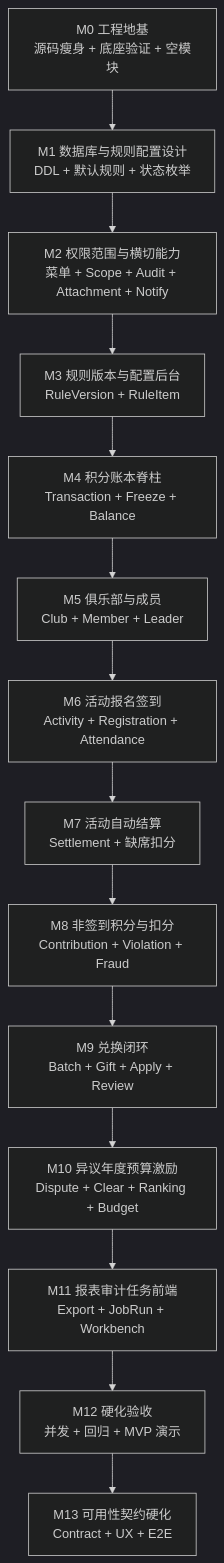
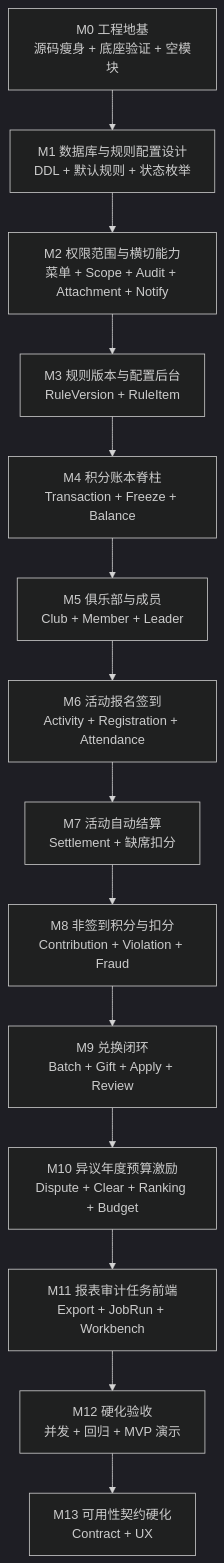
One commit to KianaMei/points changed the diagram in docs/club-points-development-plan.md. Above: the diagram before and after it, drawn with Mermaid (dark theme). The commit also changed other lines of this file and 16 other files, not shown here.

First line of the commit message:
fix(clubpoints): harden flows and remove e2e artifacts

````diff
--- a/docs/club-points-development-plan.md
+++ b/docs/club-points-development-plan.md
@@ -302,22 +302,22 @@
 ```mermaid
 flowchart TB
     accTitle: clubpoints 源码落地里程碑
     accDescr: 从芋道地基到配置化规则、账本、业务闭环、运营收口的执行顺序。
 
     M0["M0 工程地基<br/>源码瘦身 + 底座验证 + 空模块"]
     M1["M1 数据库与规则配置设计<br/>DDL + 默认规则 + 状态枚举"]
     M2["M2 权限范围与横切能力<br/>菜单 + Scope + Audit + Attachment + Notify"]
     M3["M3 规则版本与配置后台<br/>RuleVersion + RuleItem"]
     M4["M4 积分账本脊柱<br/>Transaction + Freeze + Balance"]
     M5["M5 俱乐部与成员<br/>Club + Member + Leader"]
     M6["M6 活动报名签到<br/>Activity + Registration + Attendance"]
     M7["M7 活动自动结算<br/>Settlement + 缺席扣分"]
     M8["M8 非签到积分与扣分<br/>Contribution + Violation + Fraud"]
     M9["M9 兑换闭环<br/>Batch + Gift + Apply + Review"]
     M10["M10 异议年度预算激励<br/>Dispute + Clear + Ranking + Budget"]
     M11["M11 报表审计任务前端<br/>Export + JobRun + Workbench"]
     M12["M12 硬化验收<br/>并发 + 回归 + MVP 演示"]
-    M13["M13 可用性契约硬化<br/>Contract + UX + E2E"]
+    M13["M13 可用性契约硬化<br/>Contract + UX"]
 
     M0 --> M1 --> M2 --> M3 --> M4 --> M5 --> M6 --> M7 --> M8 --> M9 --> M10 --> M11 --> M12 --> M13
 ```
````
